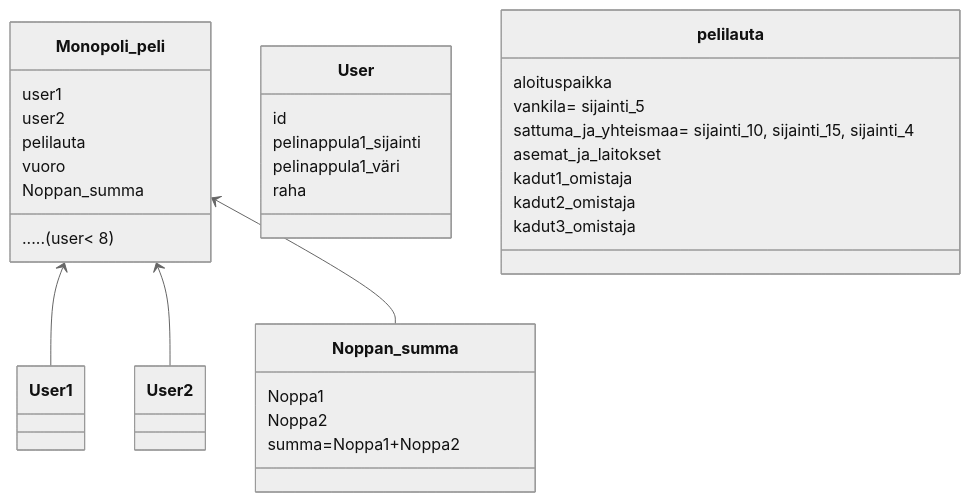
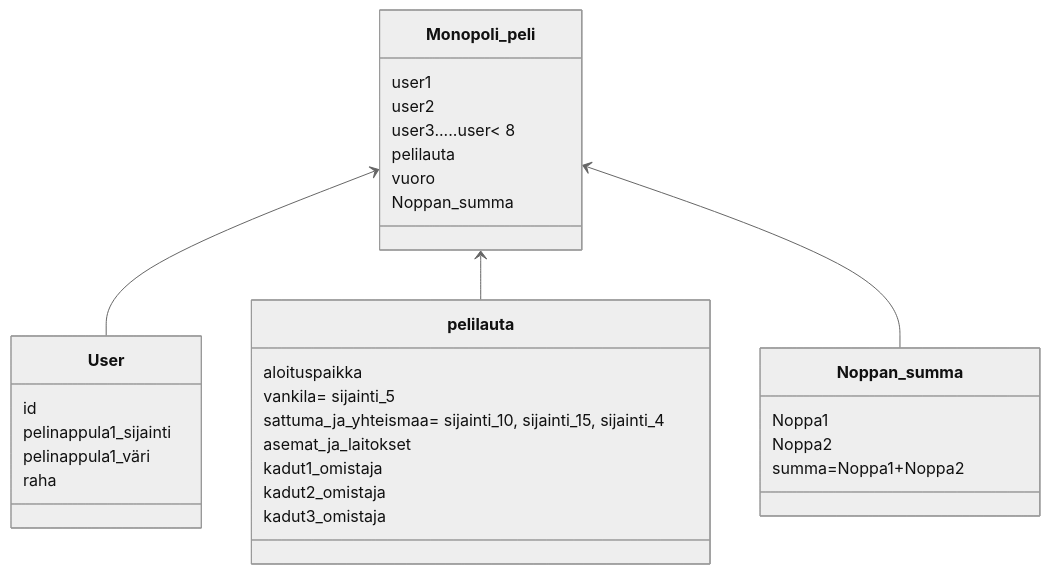
One commit to ds20220914/ohjelmistotekniikka changed the diagram in laskarit/viikko3/monopoli.md. Above: the diagram before and after it, drawn with Mermaid (neutral theme).

Commit message:
monopoli kaavio

````diff
--- a/laskarit/viikko3/monopoli.md
+++ b/laskarit/viikko3/monopoli.md
@@ -1,36 +1,36 @@
 ```mermaid
  classDiagram
-      Monopoli_peli <-- User1
-      Monopoli_peli <-- User2
+      Monopoli_peli <-- User
+      Monopoli_peli <-- pelilauta
       Monopoli_peli  <-- Noppan_summa
       class Monopoli_peli{
           user1
           user2
-          .....(user< 8)
+          user3.....user< 8
           pelilauta
           vuoro
           Noppan_summa
       }
       class User{
           id
           pelinappula1_sijainti
           pelinappula1_väri
 	  raha
       }
       class pelilauta{
           aloituspaikka
           vankila= sijainti_5
           sattuma_ja_yhteismaa= sijainti_10, sijainti_15, sijainti_4
           asemat_ja_laitokset
           kadut1_omistaja
           kadut2_omistaja
           kadut3_omistaja
           
      }
       class Noppan_summa{
           Noppa1
           Noppa2
           summa=Noppa1+Noppa2       
       }
 
 ```
````
